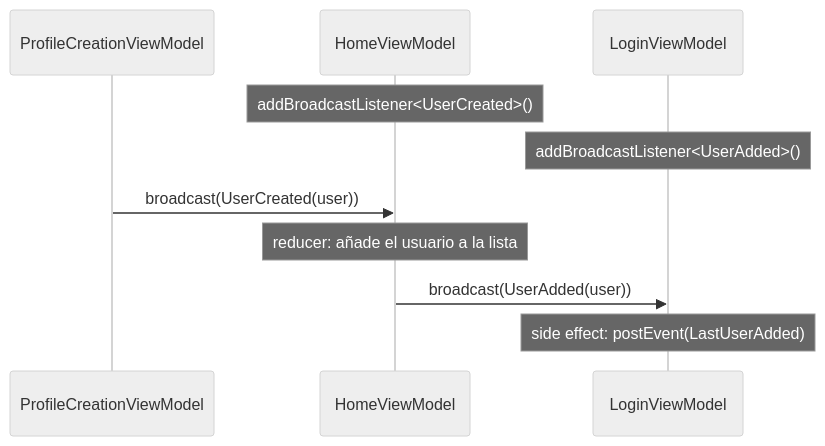
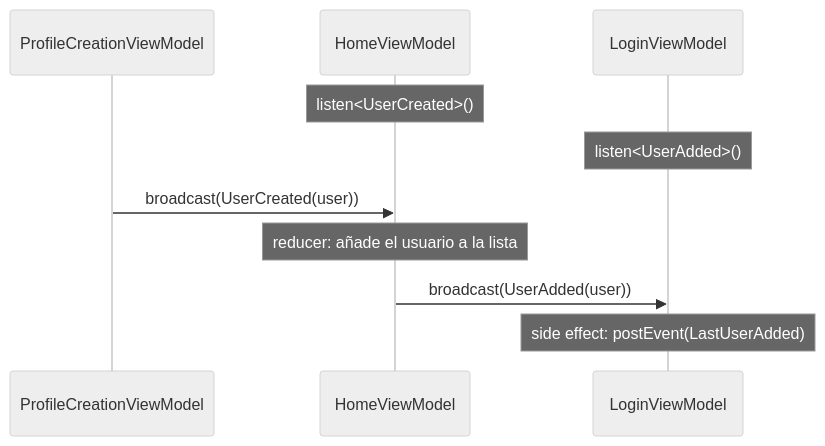
The diagram in docs/guides/results-between-screens.es.md (carmabs/Ema), drawn with Mermaid (neutral theme) before and after one commit. The commit also changed other lines of this file and 39 other files, not shown here.

````diff
--- a/docs/guides/results-between-screens.es.md
+++ b/docs/guides/results-between-screens.es.md
@@ -13,12 +13,12 @@
 ```mermaid
 sequenceDiagram
     participant P as ProfileCreationViewModel
     participant H as HomeViewModel
     participant L as LoginViewModel
-    Note over H: addBroadcastListener<UserCreated>()
-    Note over L: addBroadcastListener<UserAdded>()
+    Note over H: listen<UserCreated>()
+    Note over L: listen<UserAdded>()
     P->>H: broadcast(UserCreated(user))
     Note over H: reducer: añade el usuario a la lista
     H->>L: broadcast(UserAdded(user))
     Note over L: side effect: postEvent(LastUserAdded)
 ```
````
